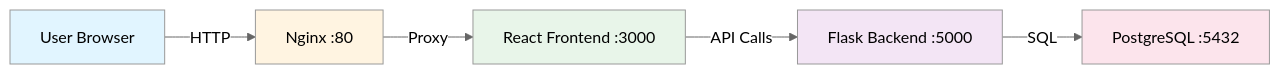
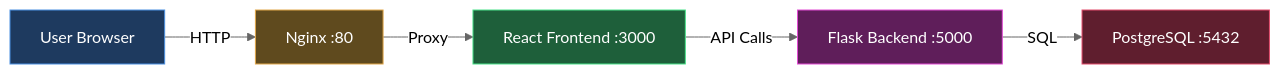
One commit to FjeldMats/FinanceLog changed the first of 7 diagrams in README.md. Above: the diagram before and after it, drawn with Mermaid (neutral theme). The commit also changed other lines of this file, not shown here.

First line of the commit message:
UI: Fix Mermaid diagrams for dark mode readability

````diff
--- a/README.md
+++ b/README.md
@@ -30,13 +30,13 @@
 ```mermaid
 graph LR
     A[User Browser] -->|HTTP| B[Nginx :80]
     B -->|Proxy| C[React Frontend :3000]
     C -->|API Calls| D[Flask Backend :5000]
     D -->|SQL| E[PostgreSQL :5432]
 
-    style A fill:#e1f5ff
-    style B fill:#fff4e1
-    style C fill:#e8f5e9
-    style D fill:#f3e5f5
-    style E fill:#fce4ec
+    style A fill:#1e3a5f,stroke:#4a90e2,color:#fff
+    style B fill:#5f4a1e,stroke:#e2a84a,color:#fff
+    style C fill:#1e5f3a,stroke:#4ae28a,color:#fff
+    style D fill:#5f1e5a,stroke:#e24ad4,color:#fff
+    style E fill:#5f1e2e,stroke:#e24a6a,color:#fff
 ```
````
